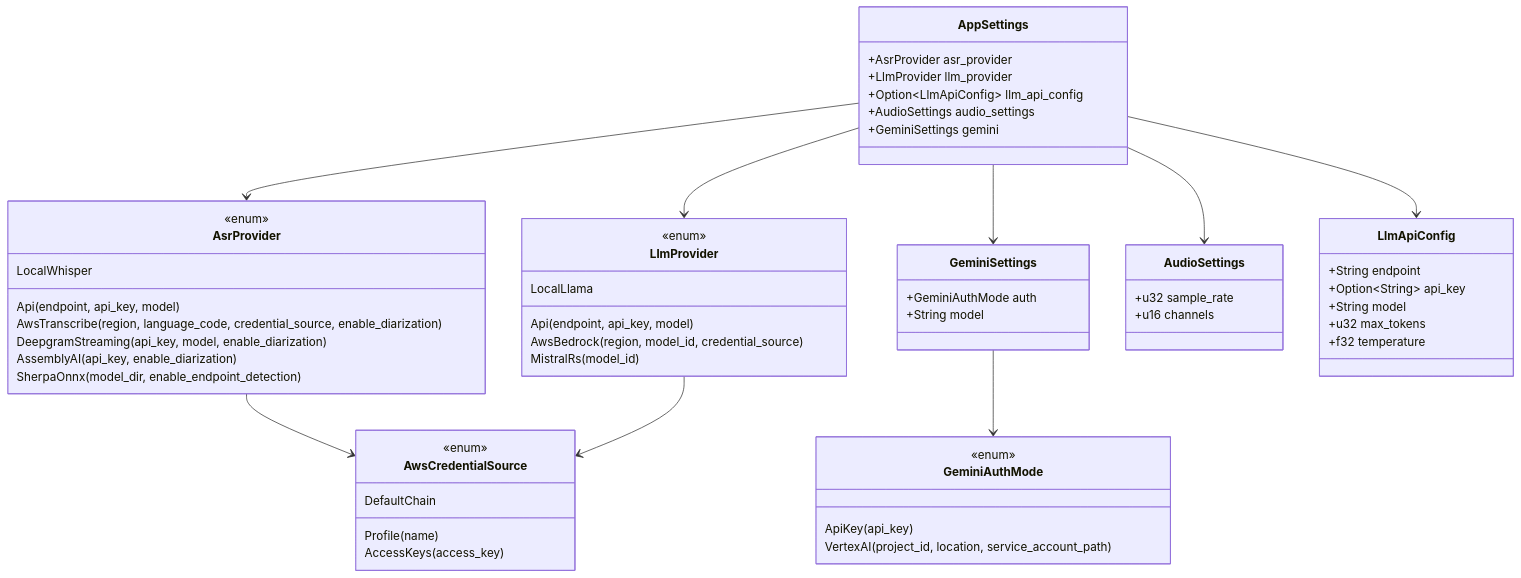
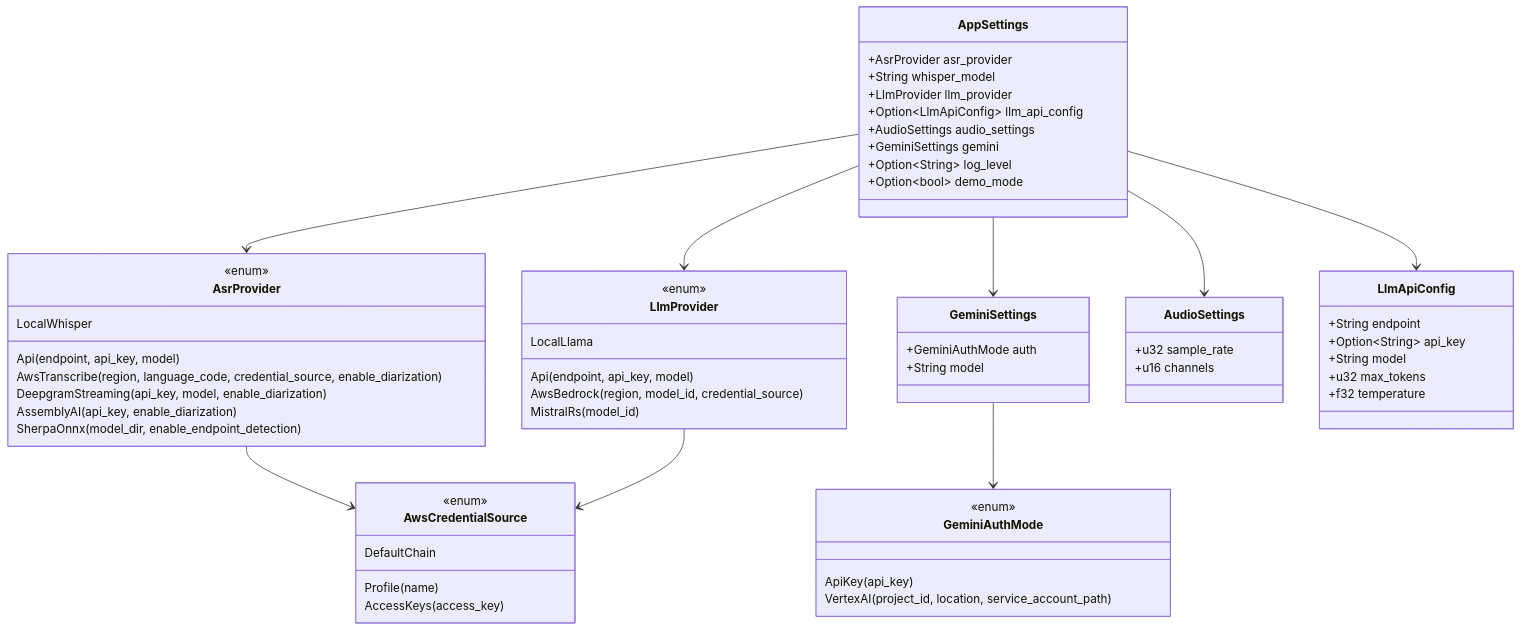
Before and after one commit to Codeseys-Labs/audio-graph: the tenth of 10 diagrams in docs/ARCHITECTURE.md, drawn with Mermaid. The commit also changed other lines of this file and 17 other files, not shown here.

````diff
--- a/docs/ARCHITECTURE.md
+++ b/docs/ARCHITECTURE.md
@@ -537,68 +772,71 @@
 ```mermaid
 classDiagram
     class AppSettings {
         +AsrProvider asr_provider
+        +String whisper_model
         +LlmProvider llm_provider
         +Option~LlmApiConfig~ llm_api_config
         +AudioSettings audio_settings
         +GeminiSettings gemini
+        +Option~String~ log_level
+        +Option~bool~ demo_mode
     }
 
     class AsrProvider {
         <<enum>>
         LocalWhisper
         Api(endpoint, api_key, model)
         AwsTranscribe(region, language_code, credential_source, enable_diarization)
         DeepgramStreaming(api_key, model, enable_diarization)
         AssemblyAI(api_key, enable_diarization)
         SherpaOnnx(model_dir, enable_endpoint_detection)
     }
 
     class LlmProvider {
         <<enum>>
         LocalLlama
         Api(endpoint, api_key, model)
         AwsBedrock(region, model_id, credential_source)
         MistralRs(model_id)
     }
 
     class AwsCredentialSource {
         <<enum>>
         DefaultChain
         Profile(name)
         AccessKeys(access_key)
     }
 
     class GeminiSettings {
         +GeminiAuthMode auth
         +String model
     }
 
     class GeminiAuthMode {
         <<enum>>
         ApiKey(api_key)
         VertexAI(project_id, location, service_account_path)
     }
 
     class AudioSettings {
         +u32 sample_rate
         +u16 channels
     }
 
     class LlmApiConfig {
         +String endpoint
         +Option~String~ api_key
         +String model
         +u32 max_tokens
         +f32 temperature
     }
 
     AppSettings --> AsrProvider
     AppSettings --> LlmProvider
     AppSettings --> LlmApiConfig
     AppSettings --> AudioSettings
     AppSettings --> GeminiSettings
     GeminiSettings --> GeminiAuthMode
     AsrProvider --> AwsCredentialSource
     LlmProvider --> AwsCredentialSource
 ```
````
